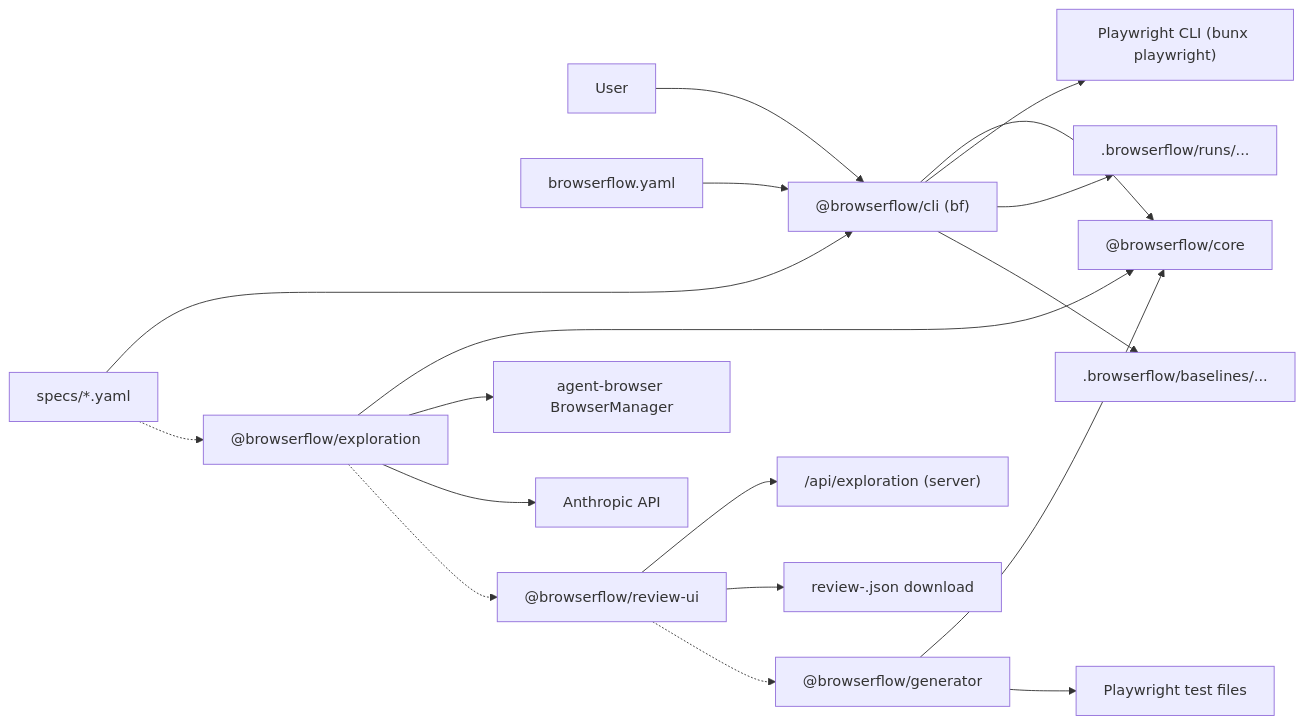
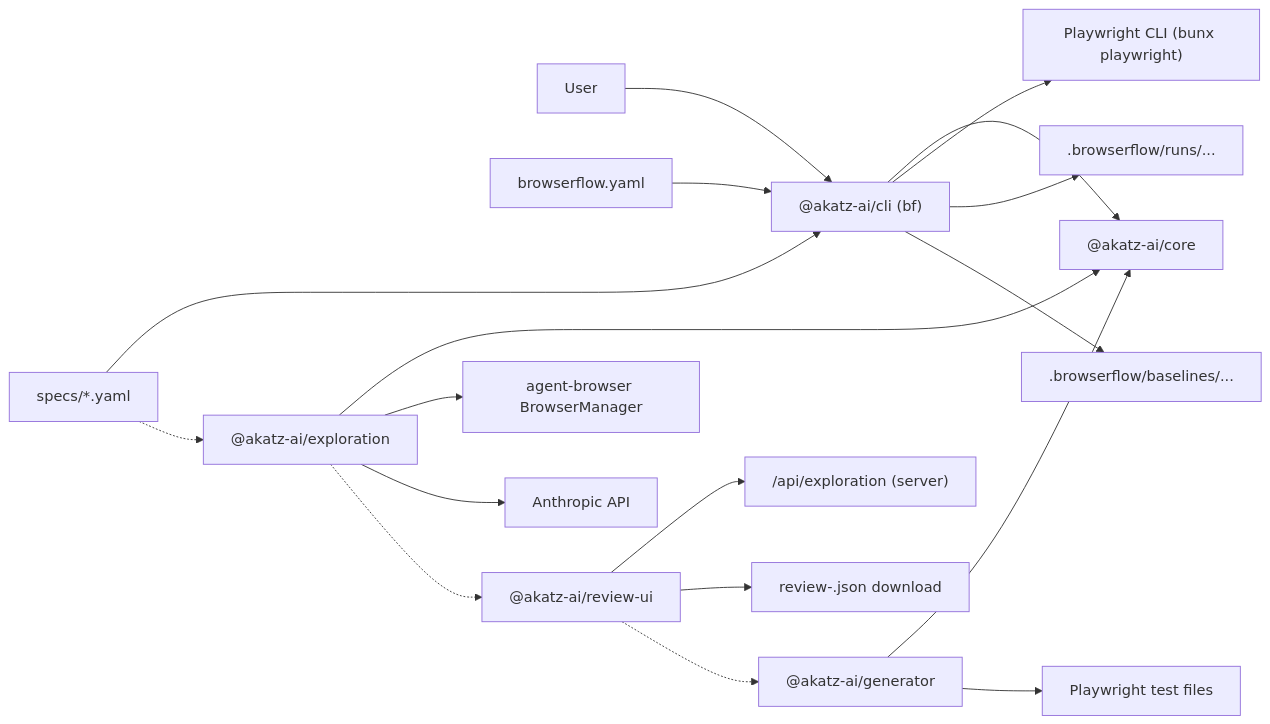
The first of 8 diagrams in docs/audits/2026-01-19-architecture/ARCHITECTURE-REPORT.md (akatz-ai/browserflow), drawn with Mermaid before and after one commit. The commit also changed other lines of this file and 65 other files, not shown here.

Commit message:
refactor: rename packages from @browserflow/* to @akatz-ai/*

````diff
--- a/docs/audits/2026-01-19-architecture/ARCHITECTURE-REPORT.md
+++ b/docs/audits/2026-01-19-architecture/ARCHITECTURE-REPORT.md
@@ -14,25 +14,25 @@
 ```mermaid
 flowchart LR
-  User[User] --> CLI["@browserflow/cli (bf)"]
+  User[User] --> CLI["@akatz-ai/cli (bf)"]
   Specs["specs/*.yaml"] --> CLI
   Config["browserflow.yaml"] --> CLI
-  CLI --> Core["@browserflow/core"]
+  CLI --> Core["@akatz-ai/core"]
   CLI --> Playwright["Playwright CLI (bunx playwright)"]
   CLI --> Runs[".browserflow/runs/..."]
   CLI --> Baselines[".browserflow/baselines/..."]
 
-  Exploration["@browserflow/exploration"] --> Core
+  Exploration["@akatz-ai/exploration"] --> Core
   Exploration --> AgentBrowser["agent-browser BrowserManager"]
   Exploration --> Anthropic["Anthropic API"]
 
-  Generator["@browserflow/generator"] --> Core
+  Generator["@akatz-ai/generator"] --> Core
   Generator --> Tests["Playwright test files"]
 
-  ReviewUI["@browserflow/review-ui"] --> ReviewAPI["/api/exploration (server)"]
+  ReviewUI["@akatz-ai/review-ui"] --> ReviewAPI["/api/exploration (server)"]
   ReviewUI --> ReviewJSON["review-<id>.json download"]
 
   %% inferred pipeline edges
   Specs -.-> Exploration
   Exploration -.-> ReviewUI
   ReviewUI -.-> Generator
 ```
````
